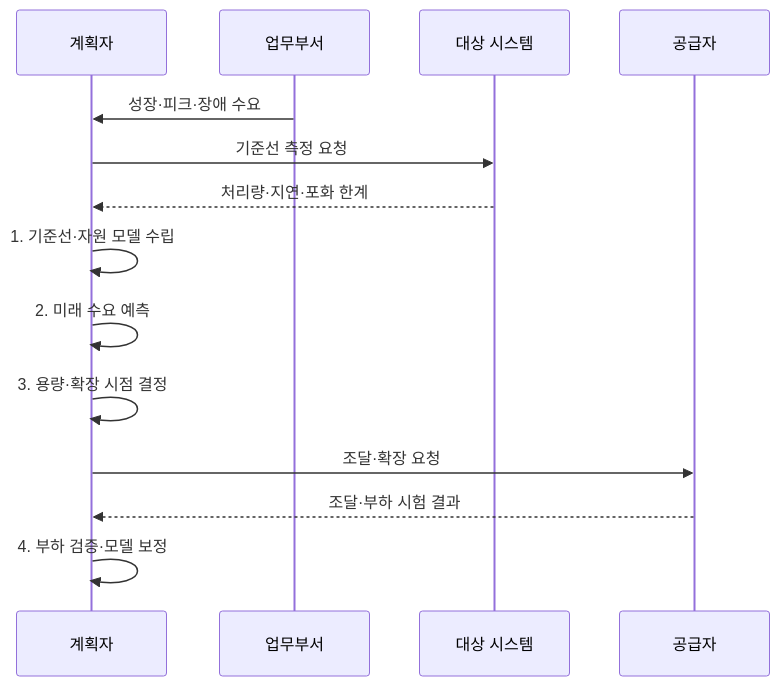
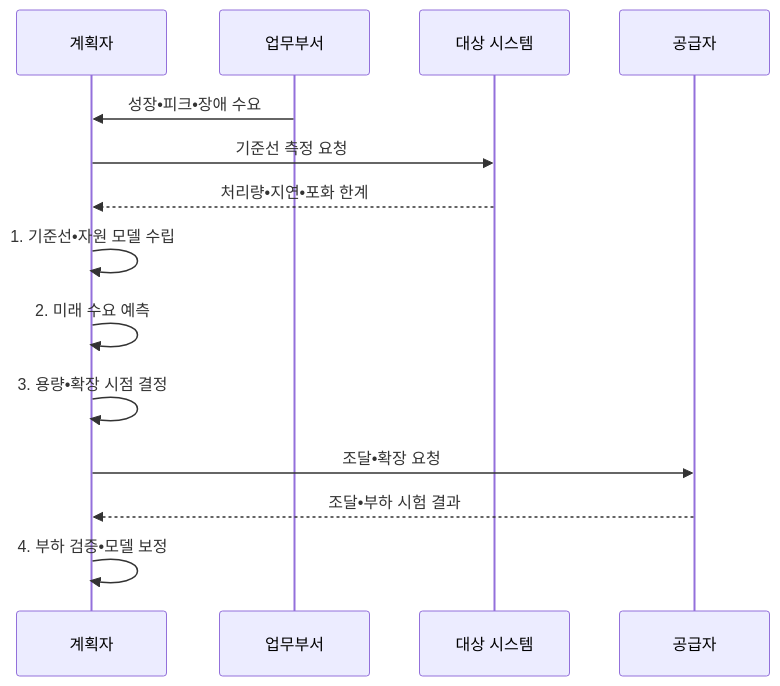
Before and after one commit to agnusdei1207/knowledge-base: the second of 2 diagrams in src/content/docs/notes/06-evaluation/050_capacity_planning.md, drawn with Mermaid. The commit also changed other lines of this file and 953 other files, not shown here.

````diff
--- a/src/content/docs/notes/06-evaluation/050_capacity_planning.md
+++ b/src/content/docs/notes/06-evaluation/050_capacity_planning.md
@@ -99,16 +99,16 @@
 ```mermaid
 sequenceDiagram
     participant P as 계획자
     participant B as 업무부서
     participant S as 대상 시스템
     participant V as 공급자
-    B->>P: 성장·피크·장애 수요
+    B->>P: 성장•피크•장애 수요
     P->>S: 기준선 측정 요청
-    S-->>P: 처리량·지연·포화 한계
-    P->>P: 1. 기준선·자원 모델 수립
+    S-->>P: 처리량•지연•포화 한계
+    P->>P: 1. 기준선•자원 모델 수립
     P->>P: 2. 미래 수요 예측
-    P->>P: 3. 용량·확장 시점 결정
-    P->>V: 조달·확장 요청
-    V-->>P: 조달·부하 시험 결과
-    P->>P: 4. 부하 검증·모델 보정
+    P->>P: 3. 용량•확장 시점 결정
+    P->>V: 조달•확장 요청
+    V-->>P: 조달•부하 시험 결과
+    P->>P: 4. 부하 검증•모델 보정
 ```
````
